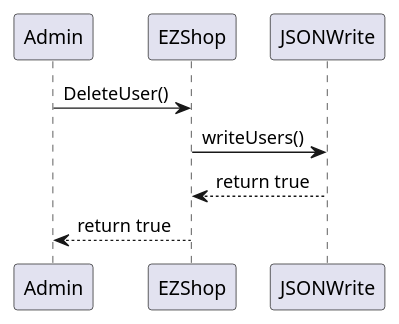
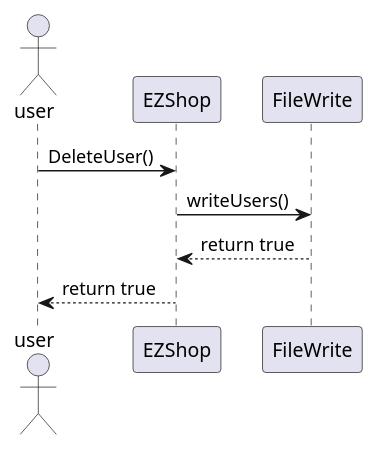
One commit to giuseppesalvi/ezshop changed the seventh of 28 diagrams in Deliverables/DesignDocument.md. Above: the diagram before and after it, drawn with PlantUML. The commit also changed other lines of this file, not shown here.

Commit message:
Update DesignDocument.md: sequence diagram, class diagram, package diagram

````diff
--- a/Deliverables/DesignDocument.md
+++ b/Deliverables/DesignDocument.md
@@ -343,11 +348,11 @@
 ```plantuml
 @startuml
-participant Admin
+actor user
 participant EZShop
-participant JSONWrite
-Admin -> EZShop : DeleteUser()
-EZShop -> JSONWrite : writeUsers()
-EZShop <-- JSONWrite : return true
-Admin <-- EZShop : return true
+participant FileWrite
+user -> EZShop : DeleteUser()
+EZShop -> FileWrite : writeUsers()
+EZShop <-- FileWrite : return true
+user <-- EZShop : return true
 @enduml
 ```
````
